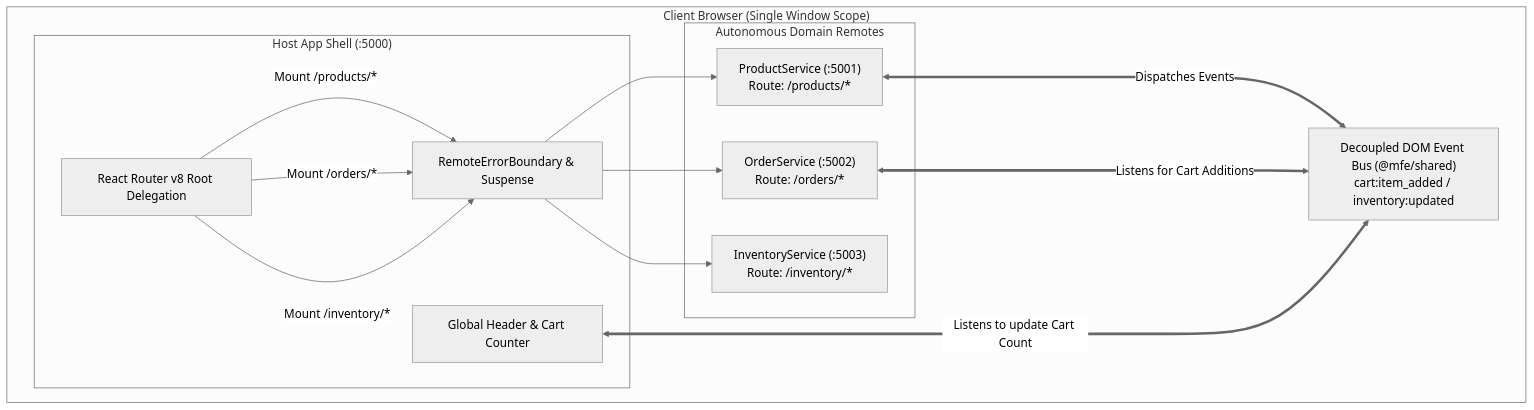
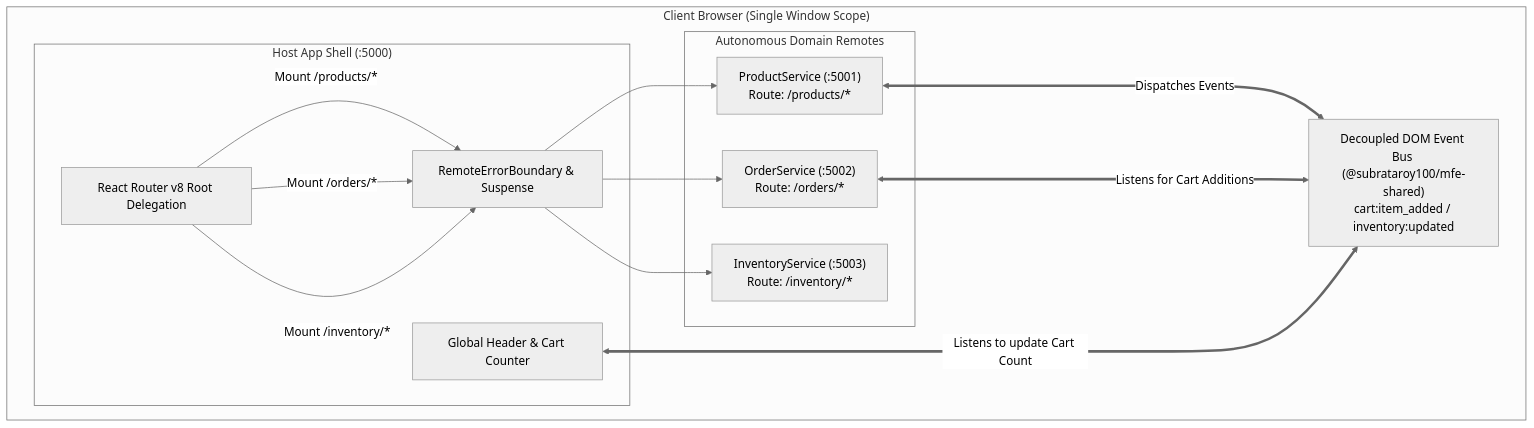
One commit to SubrataRoy100/react-vite-mfe-starter changed the diagram in docs/getting-started-notebook.md. Above: the diagram before and after it, drawn with Mermaid (neutral theme). The commit also changed other lines of this file and 6 other files, not shown here.

Commit message:
docs: update comprehensive documentation for @subrataroy100/mfe-shared usage, scoped event bus, shadow dom, and vite preset

````diff
--- a/docs/getting-started-notebook.md
+++ b/docs/getting-started-notebook.md
@@ -44,29 +44,29 @@
 ```mermaid
 graph TB
     subgraph Browser ["Client Browser (Single Window Scope)"]
         subgraph Host ["Host App Shell (:5000)"]
             Nav["Global Header & Cart Counter"]
             Router["React Router v8 Root Delegation"]
             Boundary["RemoteErrorBoundary & Suspense"]
         end
 
         subgraph Remotes ["Autonomous Domain Remotes"]
             Products[" ProductService (:5001)<br/>Route: /products/*"]
             Orders[" OrderService (:5002)<br/>Route: /orders/*"]
             Inventory[" InventoryService (:5003)<br/>Route: /inventory/*"]
         end
 
-        EventBus["Decoupled DOM Event Bus (@mfe/shared)<br/>cart:item_added / inventory:updated"]
+        EventBus["Decoupled DOM Event Bus (@subrataroy100/mfe-shared)<br/>cart:item_added / inventory:updated"]
     end
 
     Router -->|Mount /products/*| Boundary
     Router -->|Mount /orders/*| Boundary
     Router -->|Mount /inventory/*| Boundary
     Boundary --> Products
     Boundary --> Orders
     Boundary --> Inventory
 
     Products <===>|Dispatches Events| EventBus
     Orders <===>|Listens for Cart Additions| EventBus
     Nav <===>|Listens to update Cart Count| EventBus
 ```
````
